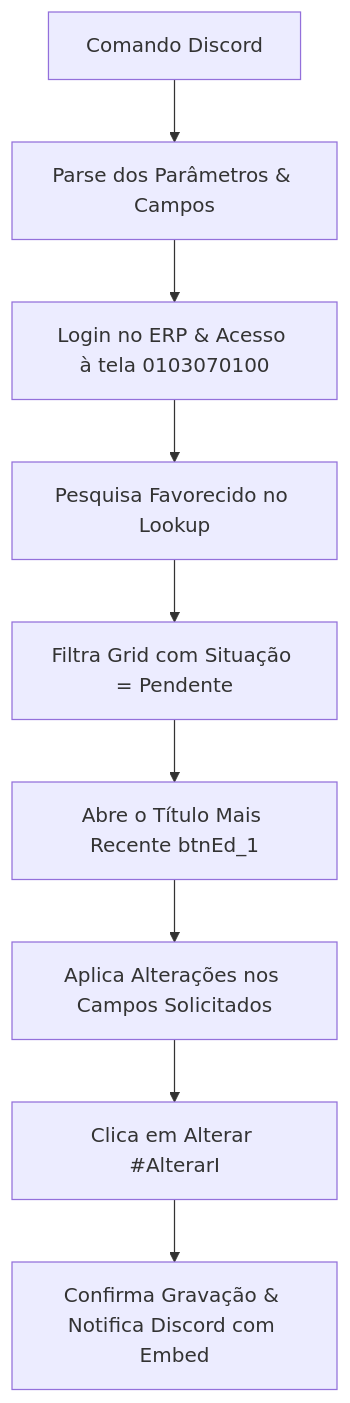
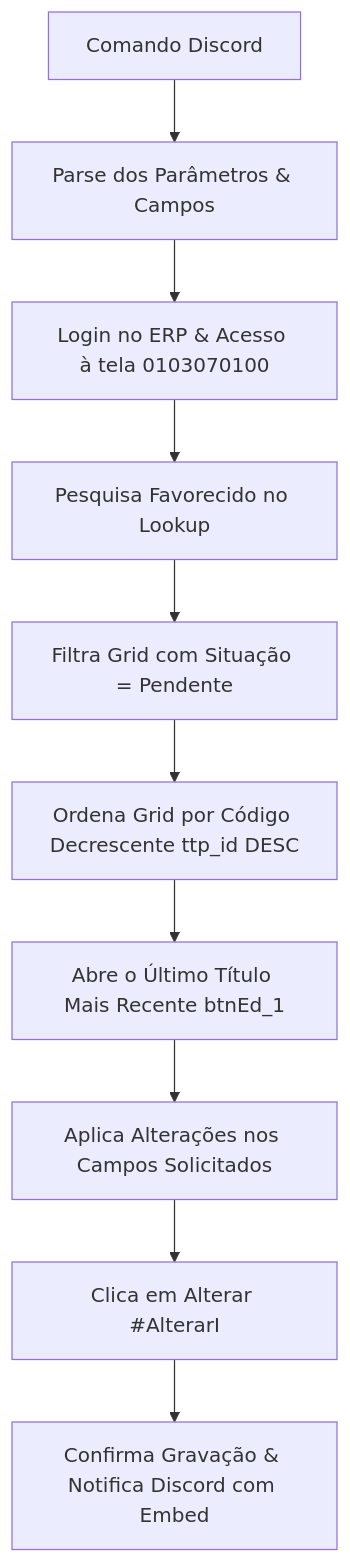
One commit to robertocamargo-cpu/sofia changed the first of 2 diagrams in alteracao.md. Above: the diagram before and after it, drawn with Mermaid. The commit also changed other lines of this file and 4 other files, not shown here.

Commit message:
fix(grid): ordenar grid por ttp_id DESC para sempre selecionar o ultimo titulo cadastrado

````diff
--- a/alteracao.md
+++ b/alteracao.md
@@ -62,11 +72,12 @@
 ```mermaid
 flowchart TD
     A[Comando Discord] --> B[Parse dos Parâmetros & Campos]
     B --> C[Login no ERP & Acesso à tela 0103070100]
     C --> D[Pesquisa Favorecido no Lookup]
     D --> E[Filtra Grid com Situação = Pendente]
-    E --> F[Abre o Título Mais Recente btnEd_1]
-    F --> G[Aplica Alterações nos Campos Solicitados]
-    G --> H[Clica em Alterar #AlterarI]
-    H --> I[Confirma Gravação & Notifica Discord com Embed]
+    E --> F[Ordena Grid por Código Decrescente ttp_id DESC]
+    F --> G[Abre o Último Título Mais Recente btnEd_1]
+    G --> H[Aplica Alterações nos Campos Solicitados]
+    H --> I[Clica em Alterar #AlterarI]
+    I --> J[Confirma Gravação & Notifica Discord com Embed]
 ```
````
